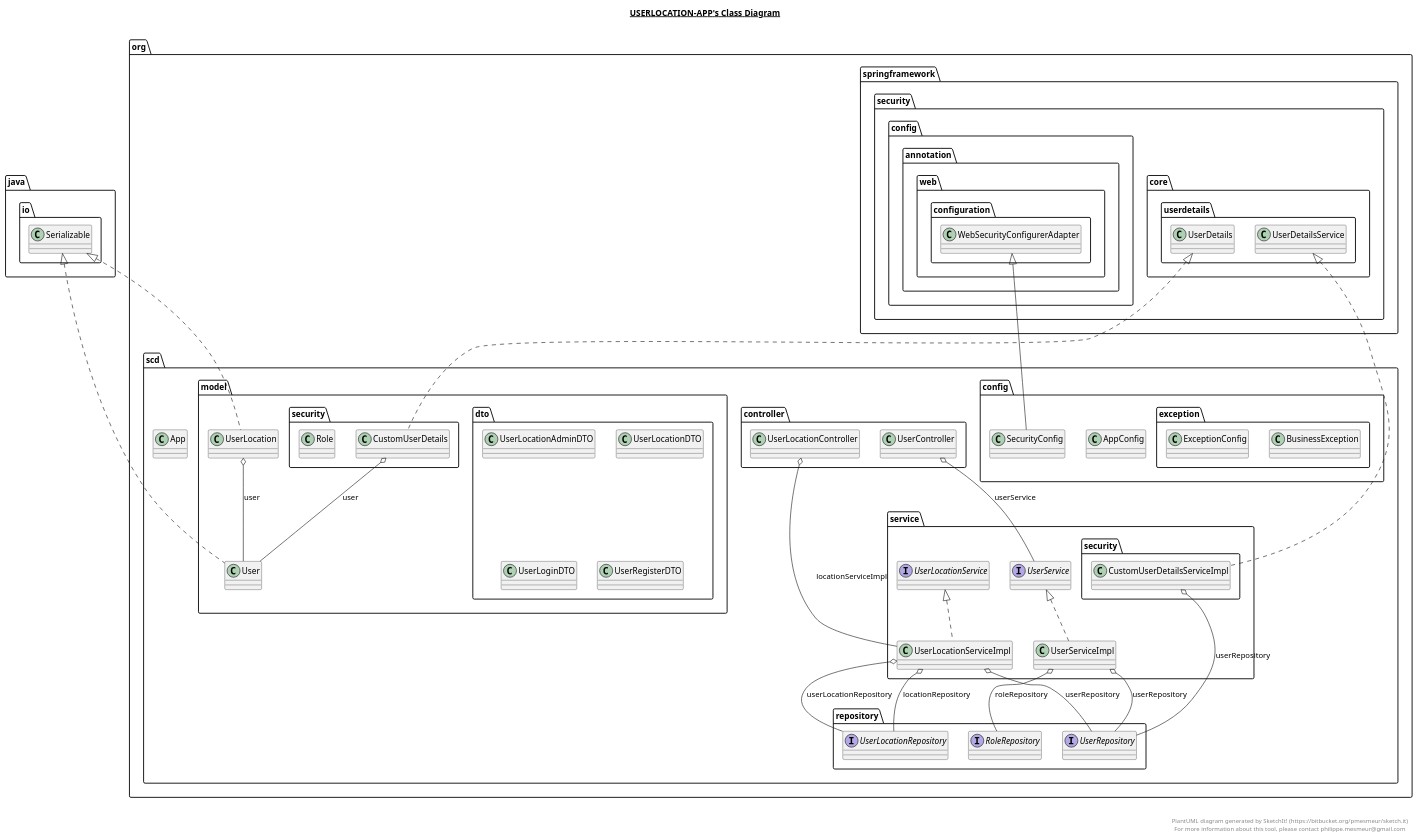
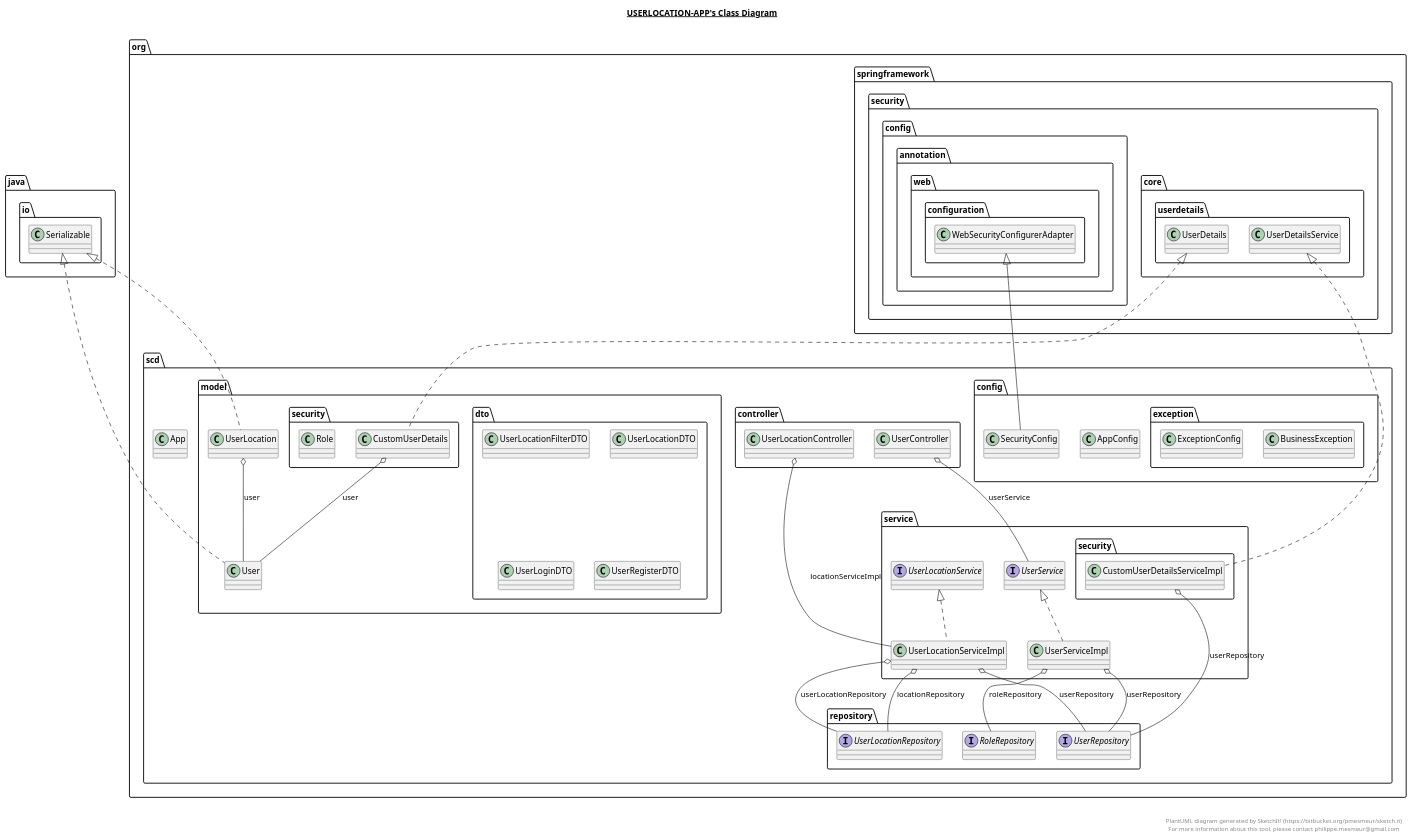
Before and after one commit to Piciorus-Ovidiu-Mihai/gps-tracker-api: the diagram in location-app/location-app/location-app.plantuml, drawn with PlantUML. The commit also changed 29 other files, not shown here.

```diff
--- a/location-app/location-app/location-app.plantuml
+++ b/location-app/location-app/location-app.plantuml
@@ -79,7 +79,7 @@
   namespace org.scd {
     namespace model {
       namespace dto {
-        class org.scd.model.dto.UserLocationAdminDTO {
+        class org.scd.model.dto.UserLocationFilterDTO {
         }
       }
     }
```
